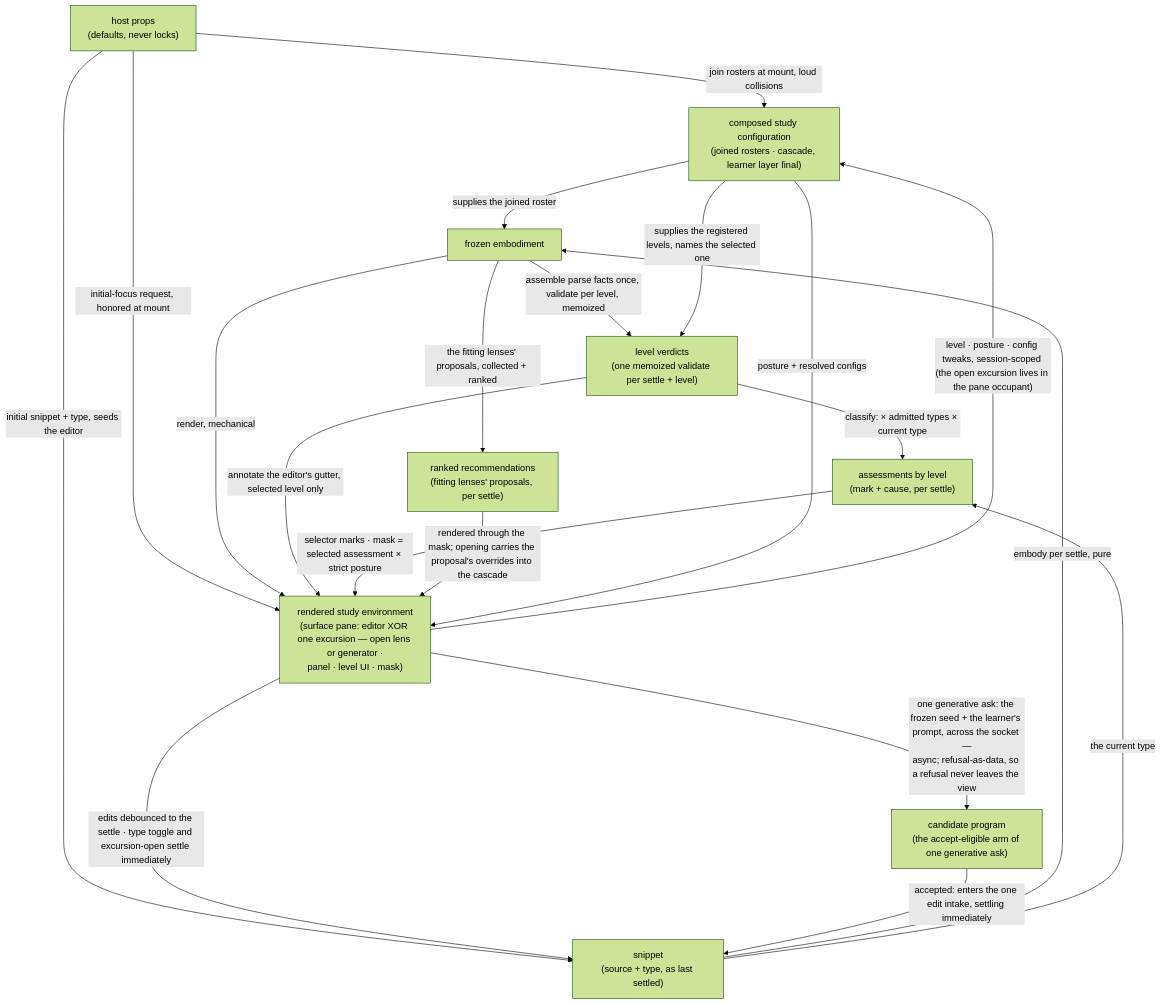
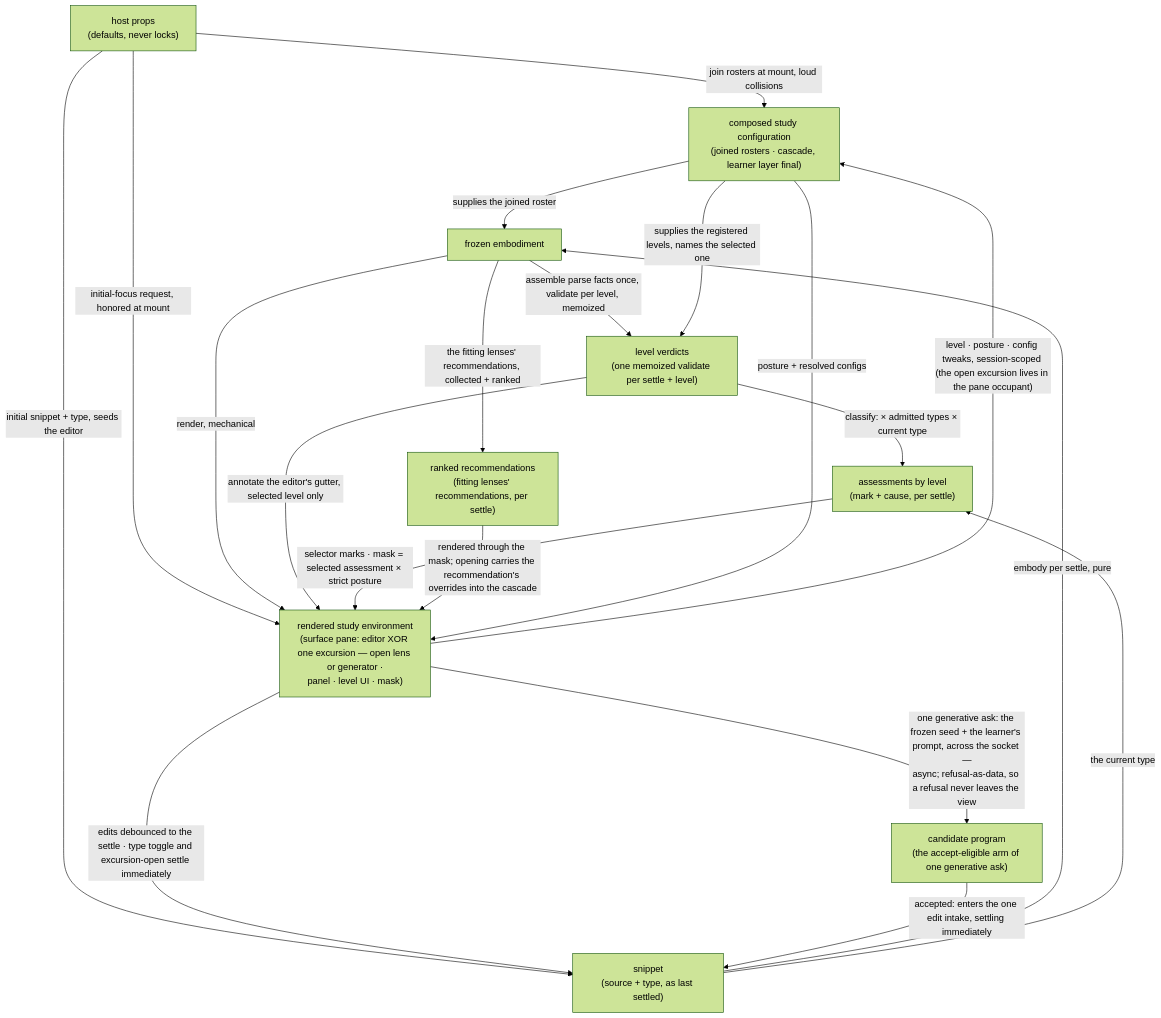
One commit to codeschoolinabox/curricula changed the first of 2 diagrams in src/lib/study-lenses/orchestrate/DOCS.md. Above: the diagram before and after it, drawn with Mermaid (forest theme). The commit also changed other lines of this file and 3 other files, not shown here.

````diff
--- a/src/lib/study-lenses/orchestrate/DOCS.md
+++ b/src/lib/study-lenses/orchestrate/DOCS.md
@@ -67,31 +67,31 @@
 ```mermaid
 flowchart TD
     PROPS["host props<br/>(defaults, never locks)"]
     CFG["composed study configuration<br/>(joined rosters · cascade, learner layer final)"]
     SNP["snippet<br/>(source + type, as last settled)"]
     EMB["frozen embodiment"]
     VER["level verdicts<br/>(one memoized validate per settle + level)"]
     MARKS["assessments by level<br/>(mark + cause, per settle)"]
-    RECS["ranked recommendations<br/>(fitting lenses' proposals, per settle)"]
+    RECS["ranked recommendations<br/>(fitting lenses' recommendations, per settle)"]
     SUR["rendered study environment<br/>(surface pane: editor XOR one excursion — open lens or generator ·<br/>panel · level UI · mask)"]
     CANDIDATE["candidate program<br/>(the accept-eligible arm of one generative ask)"]
     PROPS -->|"join rosters at mount, loud collisions"| CFG
     PROPS -->|"initial snippet + type, seeds the editor"| SNP
     PROPS -->|"initial-focus request, honored at mount"| SUR
     SNP -->|"embody per settle, pure"| EMB
     CFG -->|"supplies the joined roster"| EMB
     EMB -->|"assemble parse facts once, validate per level, memoized"| VER
     CFG -->|"supplies the registered levels, names the selected one"| VER
     VER -->|"classify: × admitted types × current type"| MARKS
     SNP -->|"the current type"| MARKS
     EMB -->|"render, mechanical"| SUR
     VER -->|"annotate the editor's gutter, selected level only"| SUR
     MARKS -->|"selector marks · mask = selected assessment × strict posture"| SUR
-    EMB -->|"the fitting lenses' proposals, collected + ranked"| RECS
-    RECS -->|"rendered through the mask; opening carries the proposal's overrides into the cascade"| SUR
+    EMB -->|"the fitting lenses' recommendations, collected + ranked"| RECS
+    RECS -->|"rendered through the mask; opening carries the recommendation's overrides into the cascade"| SUR
     CFG -->|"posture + resolved configs"| SUR
     SUR -->|"edits debounced to the settle · type toggle and excursion-open settle immediately"| SNP
     SUR -->|"level · posture · config tweaks, session-scoped (the open excursion lives in the pane occupant)"| CFG
     SUR -->|"one generative ask: the frozen seed + the learner's prompt, across the socket —<br/>async; refusal-as-data, so a refusal never leaves the view"| CANDIDATE
     CANDIDATE -->|"accepted: enters the one edit intake, settling immediately"| SNP
 ```
````
